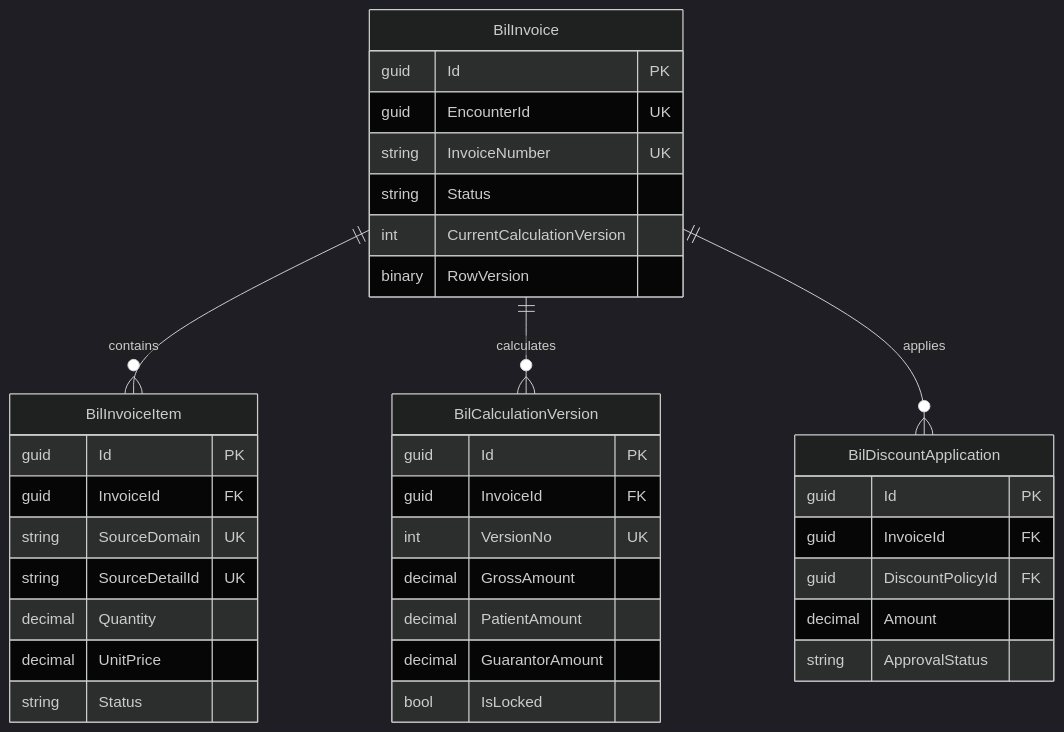
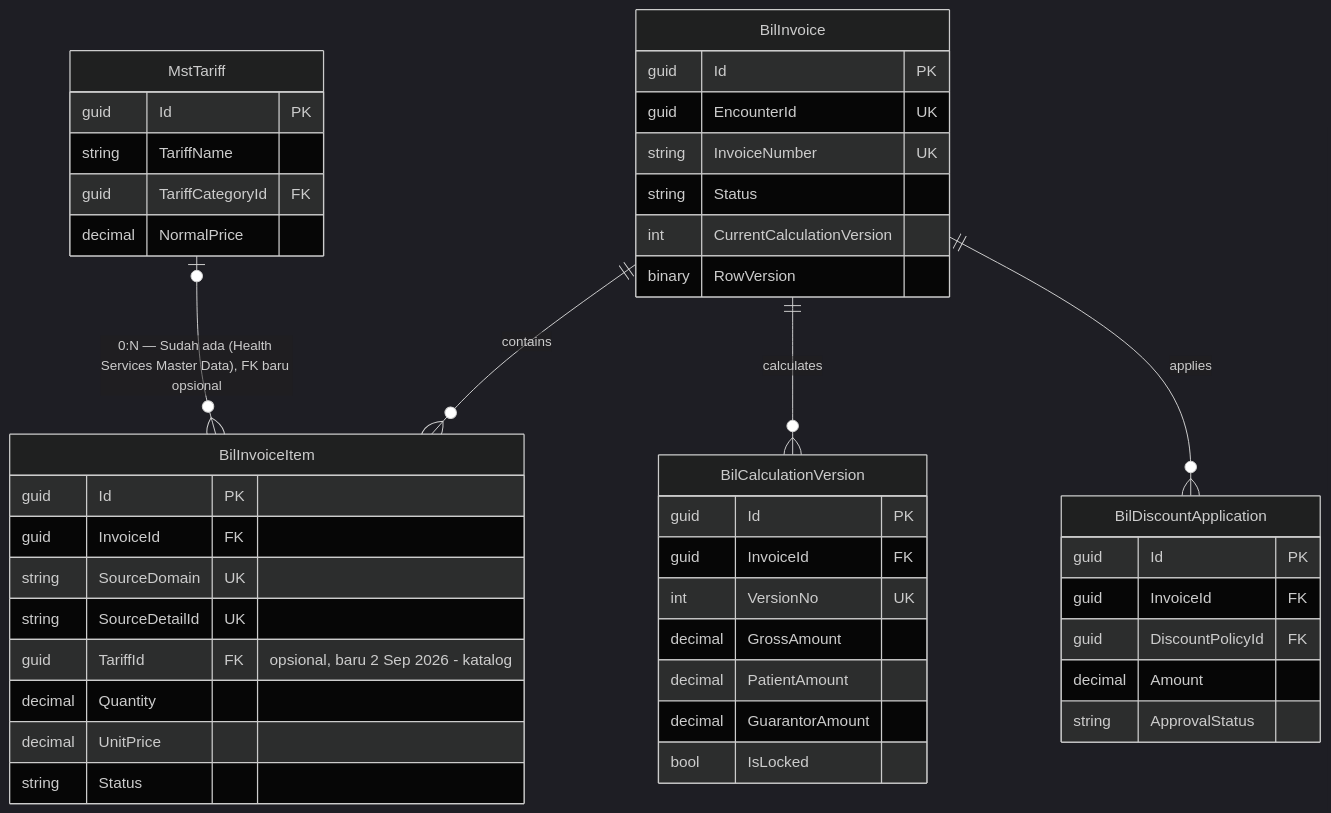
The diagram in docs/module-blueprints/billing-kasir/erd/01-billing-account-charge.md (DevBenari/NewQuilvianSystemBackend), drawn with Mermaid (dark theme) before and after one commit. The commit also changed other lines of this file and 17 other files, not shown here.

First line of the commit message:
feat(billing-kasir): Implement manual invoice creation form with tariff catalog and coverage preview

````diff
--- a/docs/module-blueprints/billing-kasir/erd/01-billing-account-charge.md
+++ b/docs/module-blueprints/billing-kasir/erd/01-billing-account-charge.md
@@ -3,39 +3,47 @@
 ```mermaid
 erDiagram
   BilInvoice {
     guid Id PK
     guid EncounterId UK
     string InvoiceNumber UK
     string Status
     int CurrentCalculationVersion
     binary RowVersion
   }
   BilInvoiceItem {
     guid Id PK
     guid InvoiceId FK
     string SourceDomain UK
     string SourceDetailId UK
+    guid TariffId FK "opsional, baru 2 Sep 2026 - katalog"
     decimal Quantity
     decimal UnitPrice
     string Status
+  }
+  MstTariff {
+    guid Id PK
+    string TariffName
+    guid TariffCategoryId FK
+    decimal NormalPrice
   }
   BilCalculationVersion {
     guid Id PK
     guid InvoiceId FK
     int VersionNo UK
     decimal GrossAmount
     decimal PatientAmount
     decimal GuarantorAmount
     bool IsLocked
   }
   BilDiscountApplication {
     guid Id PK
     guid InvoiceId FK
     guid DiscountPolicyId FK
     decimal Amount
     string ApprovalStatus
   }
   BilInvoice ||--o{ BilInvoiceItem : contains
   BilInvoice ||--o{ BilCalculationVersion : calculates
   BilInvoice ||--o{ BilDiscountApplication : applies
+  MstTariff |o--o{ BilInvoiceItem : "0:N — Sudah ada (Health Services Master Data), FK baru opsional"
 ```
````
